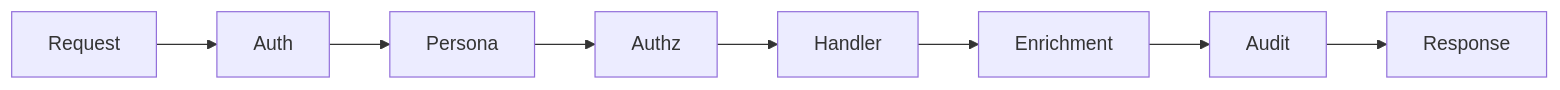
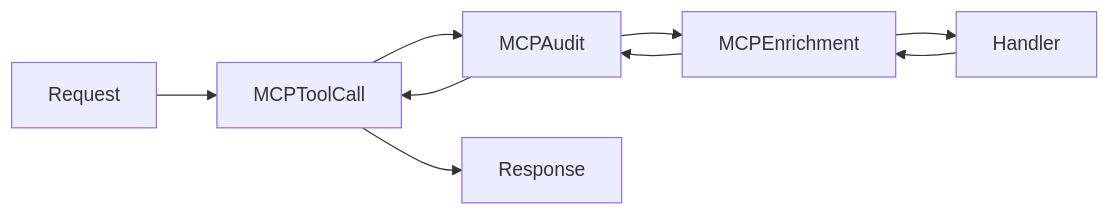
Before and after one commit to txn2/mcp-data-platform: the diagram in docs/reference/middleware.md, drawn with Mermaid. The commit also changed other lines of this file, not shown here.

Commit message:
Update `middleware.md` to reflect MCP-specific middleware design and architecture changes

````diff
--- a/docs/reference/middleware.md
+++ b/docs/reference/middleware.md
@@ -7,10 +7,11 @@
 ```mermaid
 graph LR
-    Request --> Auth
-    Auth --> Persona
-    Persona --> Authz
-    Authz --> Handler
-    Handler --> Enrichment
-    Enrichment --> Audit
-    Audit --> Response
+    Request --> MCPToolCall
+    MCPToolCall --> MCPAudit
+    MCPAudit --> MCPEnrichment
+    MCPEnrichment --> Handler
+    Handler --> MCPEnrichment
+    MCPEnrichment --> MCPAudit
+    MCPAudit --> MCPToolCall
+    MCPToolCall --> Response
 ```
````
